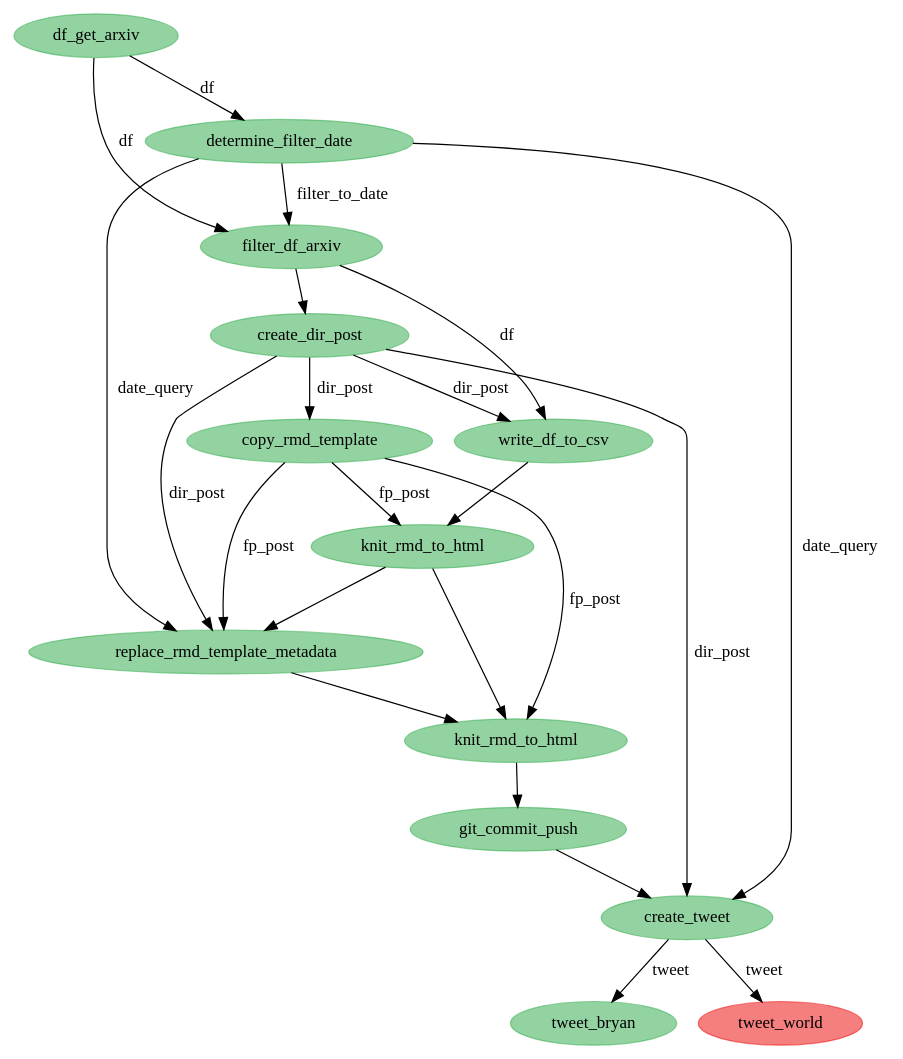
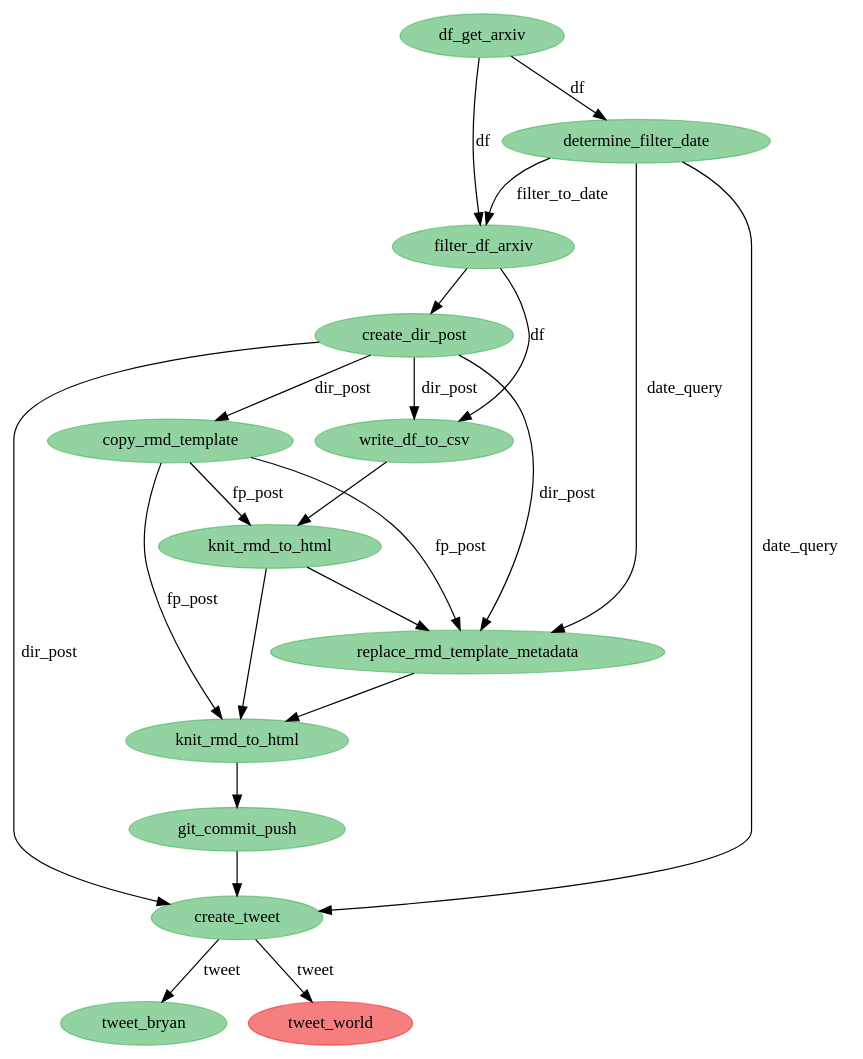
Before and after one commit to bryanwhiting/ds-arxiv: the diagram in python/state-viz.dot, drawn with Graphviz. The commit also changed 10 other files, not shown here.

```diff
--- a/python/state-viz.dot
+++ b/python/state-viz.dot
@@ -1,37 +1,37 @@
 digraph {
-	4588784144 [label=tweet_bryan color="#28a74580" colorscheme=svg shape=ellipse style=filled]
-	4588783248 [label=create_tweet color="#28a74580" colorscheme=svg shape=ellipse style=filled]
-	4588784400 [label=tweet_world color="#eb000080" colorscheme=svg shape=ellipse style=filled]
-	4588703632 [label=df_get_arxiv color="#28a74580" colorscheme=svg shape=ellipse style=filled]
-	4588757520 [label=create_dir_post color="#28a74580" colorscheme=svg shape=ellipse style=filled]
-	4588703376 [label=filter_df_arxiv color="#28a74580" colorscheme=svg shape=ellipse style=filled]
-	4588758032 [label=write_df_to_csv color="#28a74580" colorscheme=svg shape=ellipse style=filled]
-	4588703184 [label=determine_filter_date color="#28a74580" colorscheme=svg shape=ellipse style=filled]
-	4588758992 [label=copy_rmd_template color="#28a74580" colorscheme=svg shape=ellipse style=filled]
-	4588759248 [label=knit_rmd_to_html color="#28a74580" colorscheme=svg shape=ellipse style=filled]
-	4588759952 [label=replace_rmd_template_metadata color="#28a74580" colorscheme=svg shape=ellipse style=filled]
-	4588781712 [label=knit_rmd_to_html color="#28a74580" colorscheme=svg shape=ellipse style=filled]
-	4588782608 [label=git_commit_push color="#28a74580" colorscheme=svg shape=ellipse style=filled]
-	4588783248 -> 4588784144 [label=tweet]
-	4588783248 -> 4588784400 [label=tweet]
-	4588703632 -> 4588703376 [label=df]
-	4588703376 -> 4588758032 [label=df]
-	4588758992 -> 4588781712 [label=fp_post]
-	4588758992 -> 4588759952 [label=fp_post]
-	4588758032 -> 4588759248
-	4588703184 -> 4588783248 [label=date_query]
-	4588703184 -> 4588759952 [label=date_query]
-	4588759248 -> 4588759952
-	4588759248 -> 4588781712
-	4588757520 -> 4588758032 [label=dir_post]
-	4588757520 -> 4588759952 [label=dir_post]
-	4588757520 -> 4588783248 [label=dir_post]
-	4588703632 -> 4588703184 [label=df]
-	4588758992 -> 4588759248 [label=fp_post]
-	4588759952 -> 4588781712
-	4588703376 -> 4588757520
-	4588781712 -> 4588782608
-	4588782608 -> 4588783248
-	4588757520 -> 4588758992 [label=dir_post]
-	4588703184 -> 4588703376 [label=filter_to_date]
+	4524649168 [label=tweet_bryan color="#28a74580" colorscheme=svg shape=ellipse style=filled]
+	4524648272 [label=create_tweet color="#28a74580" colorscheme=svg shape=ellipse style=filled]
+	4524649424 [label=tweet_world color="#eb000080" colorscheme=svg shape=ellipse style=filled]
+	4524626064 [label=df_get_arxiv color="#28a74580" colorscheme=svg shape=ellipse style=filled]
+	4524627152 [label=write_df_to_csv color="#28a74580" colorscheme=svg shape=ellipse style=filled]
+	4524580432 [label=determine_filter_date color="#28a74580" colorscheme=svg shape=ellipse style=filled]
+	4524626000 [label=filter_df_arxiv color="#28a74580" colorscheme=svg shape=ellipse style=filled]
+	4524626640 [label=create_dir_post color="#28a74580" colorscheme=svg shape=ellipse style=filled]
+	4524628112 [label=copy_rmd_template color="#28a74580" colorscheme=svg shape=ellipse style=filled]
+	4524628368 [label=knit_rmd_to_html color="#28a74580" colorscheme=svg shape=ellipse style=filled]
+	4524629072 [label=replace_rmd_template_metadata color="#28a74580" colorscheme=svg shape=ellipse style=filled]
+	4524646736 [label=knit_rmd_to_html color="#28a74580" colorscheme=svg shape=ellipse style=filled]
+	4524647632 [label=git_commit_push color="#28a74580" colorscheme=svg shape=ellipse style=filled]
+	4524648272 -> 4524649168 [label=tweet]
+	4524648272 -> 4524649424 [label=tweet]
+	4524626000 -> 4524627152 [label=df]
+	4524628112 -> 4524629072 [label=fp_post]
+	4524628112 -> 4524646736 [label=fp_post]
+	4524627152 -> 4524628368
+	4524628368 -> 4524629072
+	4524628368 -> 4524646736
+	4524626640 -> 4524627152 [label=dir_post]
+	4524626640 -> 4524629072 [label=dir_post]
+	4524626640 -> 4524648272 [label=dir_post]
+	4524580432 -> 4524626000 [label=filter_to_date]
+	4524580432 -> 4524629072 [label=date_query]
+	4524580432 -> 4524648272 [label=date_query]
+	4524626064 -> 4524626000 [label=df]
+	4524626064 -> 4524580432 [label=df]
+	4524628112 -> 4524628368 [label=fp_post]
+	4524626000 -> 4524626640
+	4524629072 -> 4524646736
+	4524646736 -> 4524647632
+	4524647632 -> 4524648272
+	4524626640 -> 4524628112 [label=dir_post]
 }
```
